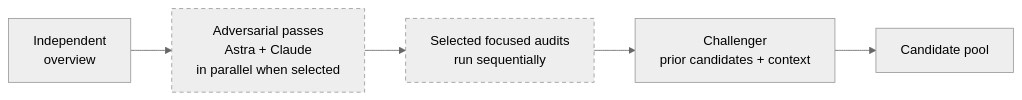
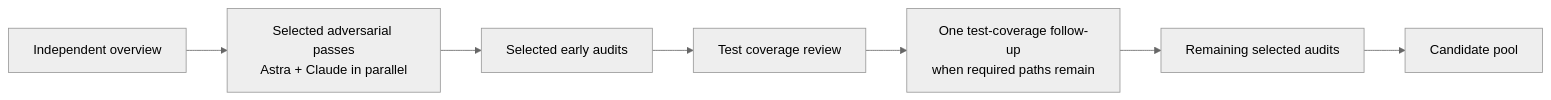
Before and after one commit to willcl-ark/nix: the third of 5 diagrams in pkgs/ralph/README.md, drawn with Mermaid (neutral theme). The commit also changed other lines of this file and 35 other files, not shown here.

````diff
--- a/pkgs/ralph/README.md
+++ b/pkgs/ralph/README.md
@@ -290,9 +292,9 @@
 ```mermaid
 flowchart LR
-    overview["Independent<br/>overview"] --> adversarial["Adversarial passes<br/>Astra + Claude<br/>in parallel when selected"]
-    adversarial --> focused["Selected focused audits<br/>run sequentially"]
-    focused --> challenger["Challenger<br/>prior candidates + context"]
-    challenger --> pool["Candidate pool"]
-    classDef optional stroke-dasharray: 5 4
-    class adversarial,focused optional
+    overview["Independent overview"] --> adversarial["Selected adversarial passes<br/>Astra + Claude in parallel"]
+    adversarial --> focused["Selected early audits"]
+    focused --> tests["Test coverage review"]
+    tests --> followup["One test-coverage follow-up<br/>when required paths remain"]
+    followup --> remaining["Remaining selected audits"]
+    remaining --> pool["Candidate pool"]
 ```
````
